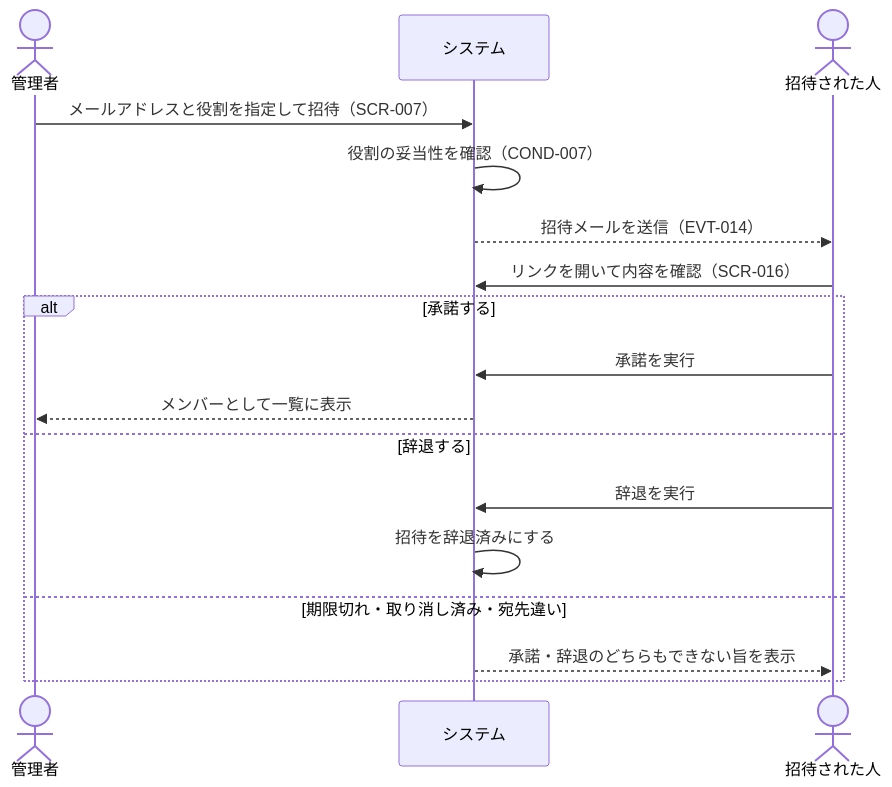
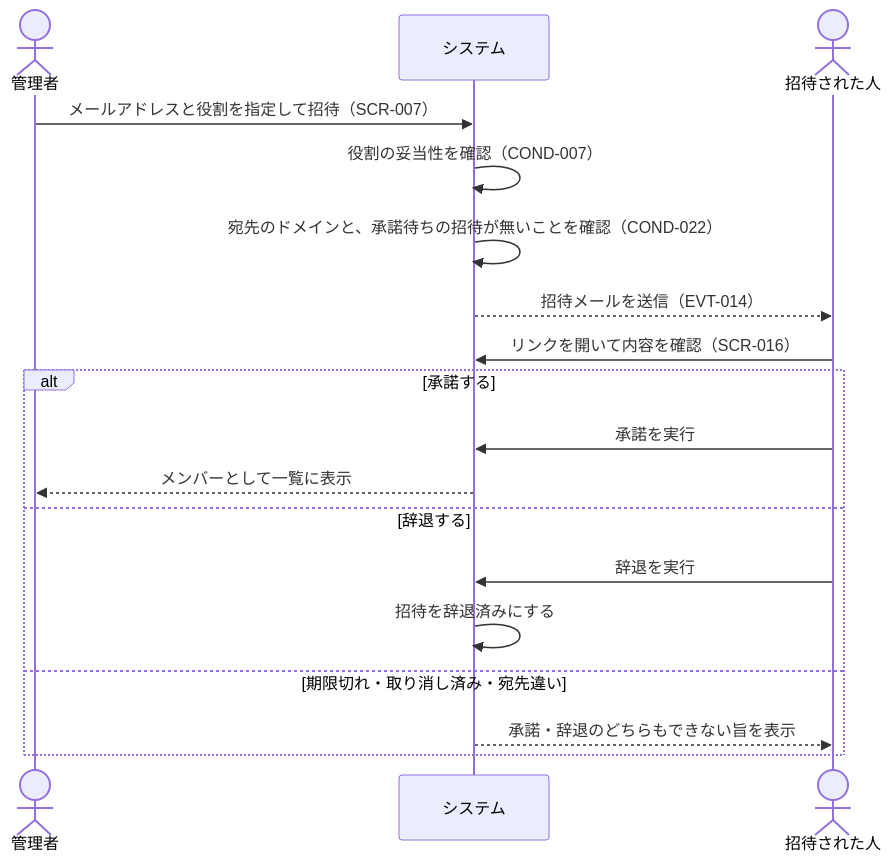
The third of 4 diagrams in rdra/contexts/group-management.md (gdsc-osaka/iclub-reserve), drawn with Mermaid before and after one commit. The commit also changed other lines of this file and 12 other files, not shown here.

````diff
--- a/rdra/contexts/group-management.md
+++ b/rdra/contexts/group-management.md
@@ -231,20 +260,21 @@
 ```mermaid
 sequenceDiagram
     actor 管理者
     participant システム
     actor 招待された人
 
     管理者->>システム: メールアドレスと役割を指定して招待（SCR-007）
     システム->>システム: 役割の妥当性を確認（COND-007）
+    システム->>システム: 宛先のドメインと、承諾待ちの招待が無いことを確認（COND-022）
     システム-->>招待された人: 招待メールを送信（EVT-014）
     招待された人->>システム: リンクを開いて内容を確認（SCR-016）
     alt 承諾する
         招待された人->>システム: 承諾を実行
         システム-->>管理者: メンバーとして一覧に表示
     else 辞退する
         招待された人->>システム: 辞退を実行
         システム->>システム: 招待を辞退済みにする
     else 期限切れ・取り消し済み・宛先違い
         システム-->>招待された人: 承諾・辞退のどちらもできない旨を表示
     end
 ```
````
